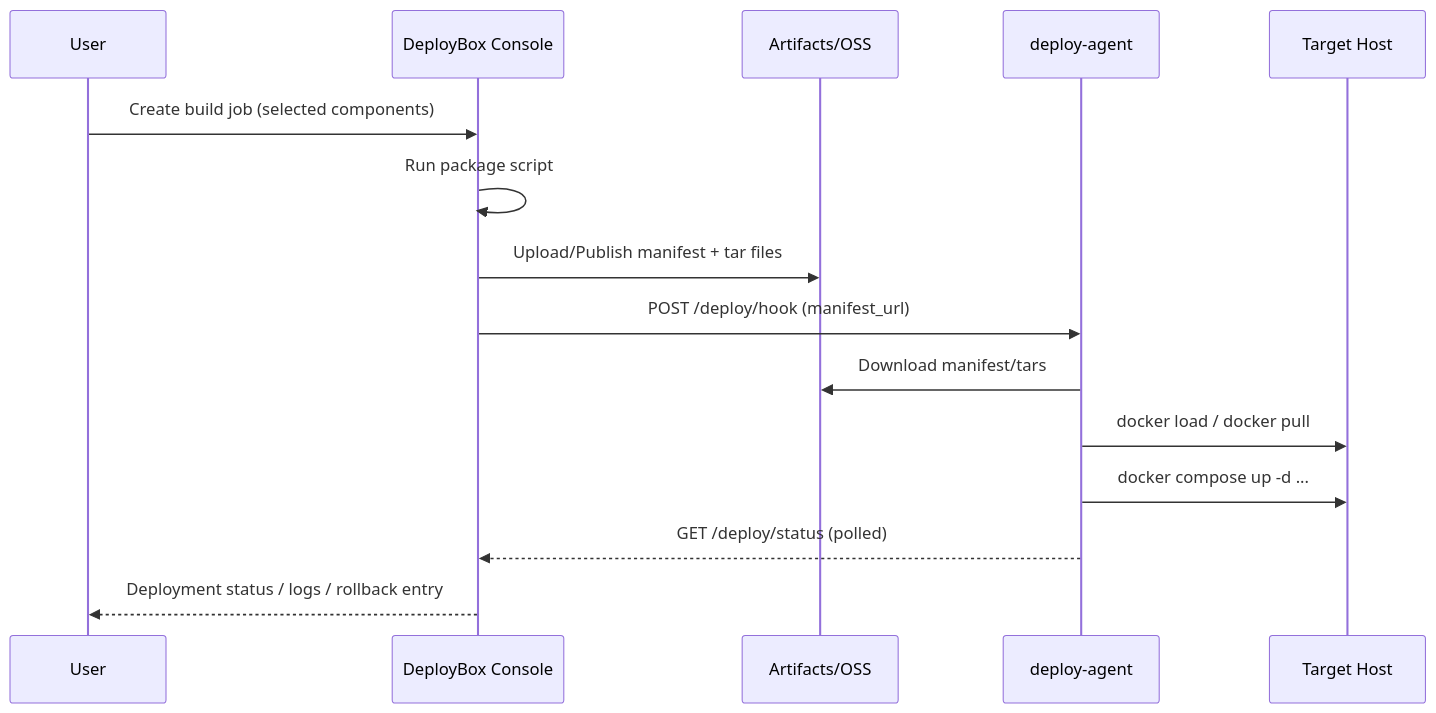
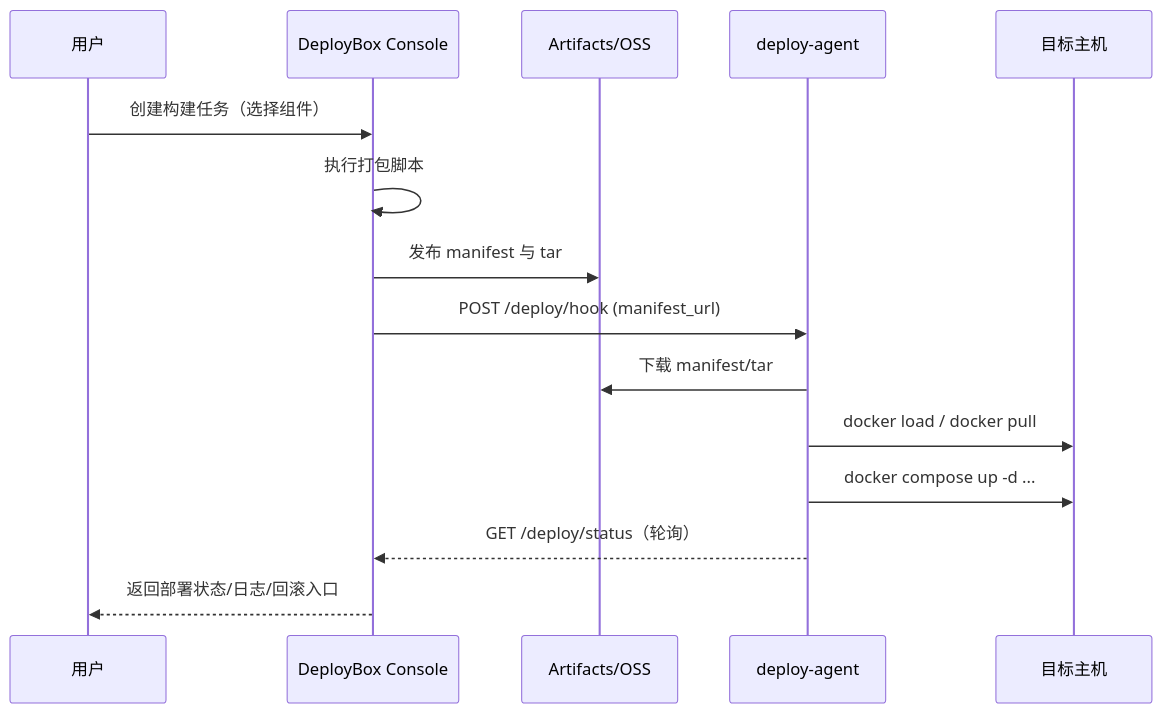
The second of 2 diagrams in README.md (inteye/deploy-box), drawn with Mermaid before and after one commit. The commit also changed other lines of this file and 2 other files, not shown here.

````diff
--- a/README.md
+++ b/README.md
@@ -47,18 +45,18 @@
 ```mermaid
 sequenceDiagram
-    participant User
+    participant User as 用户
     participant Console as DeployBox Console
     participant Artifacts as Artifacts/OSS
     participant Agent as deploy-agent
-    participant Host as Target Host
+    participant Host as 目标主机
 
-    User->>Console: Create build job (selected components)
-    Console->>Console: Run package script
-    Console->>Artifacts: Upload/Publish manifest + tar files
+    User->>Console: 创建构建任务（选择组件）
+    Console->>Console: 执行打包脚本
+    Console->>Artifacts: 发布 manifest 与 tar
     Console->>Agent: POST /deploy/hook (manifest_url)
-    Agent->>Artifacts: Download manifest/tars
+    Agent->>Artifacts: 下载 manifest/tar
     Agent->>Host: docker load / docker pull
     Agent->>Host: docker compose up -d ...
-    Agent-->>Console: GET /deploy/status (polled)
-    Console-->>User: Deployment status / logs / rollback entry
+    Agent-->>Console: GET /deploy/status（轮询）
+    Console-->>User: 返回部署状态/日志/回滚入口
 ```
````
